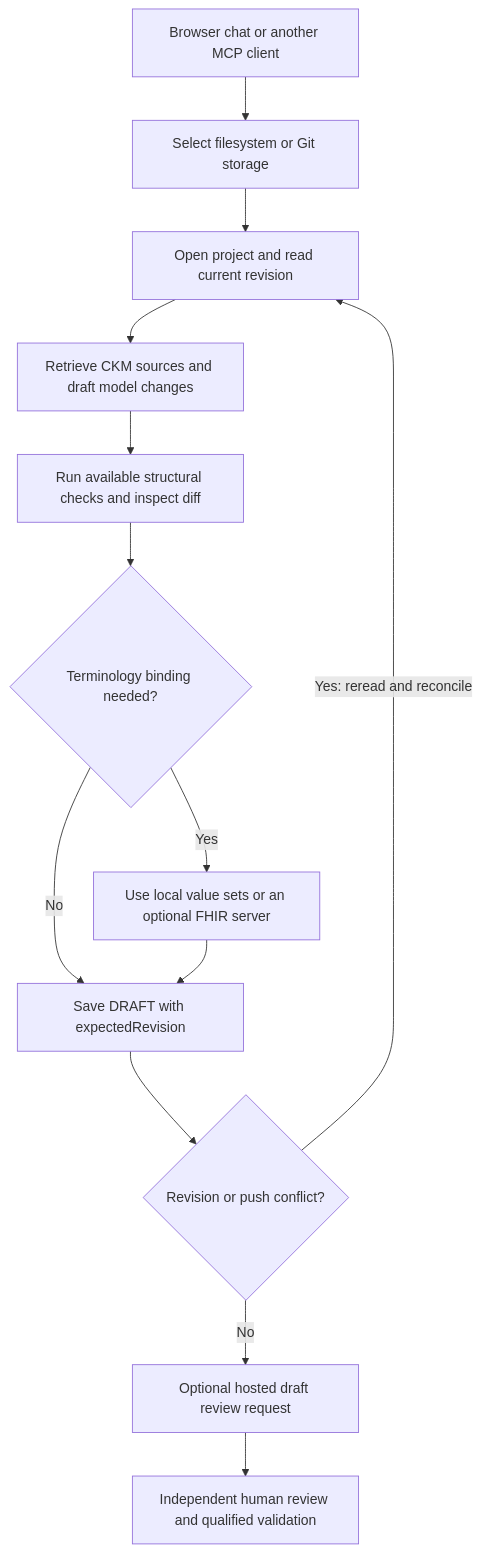
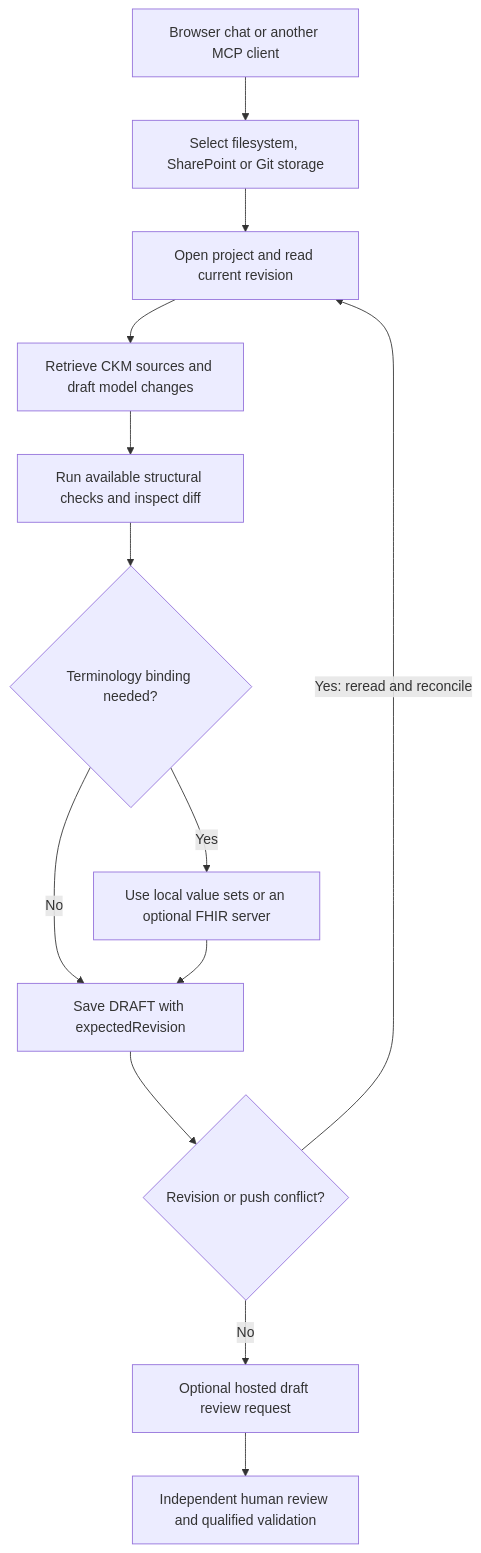
Before and after one commit to CzarMich/openehr-modelling-assistant: the second of 2 diagrams in README.md, drawn with Mermaid. The commit also changed other lines of this file and 48 other files, not shown here.

Commit message:
feat(repository): implement conditional SharePoint snapshot storage

````diff
--- a/README.md
+++ b/README.md
@@ -116,14 +117,14 @@
 ```mermaid
 flowchart TD
-    Chat[Browser chat or another MCP client] --> P[Select filesystem or Git storage] --> R[Open project and read current revision]
+    Chat[Browser chat or another MCP client] --> P[Select filesystem, SharePoint or Git storage] --> R[Open project and read current revision]
     R --> D[Retrieve CKM sources and draft model changes]
     D --> V[Run available structural checks and inspect diff]
     V --> T{Terminology binding needed?}
     T -->|No| S[Save DRAFT with expectedRevision]
     T -->|Yes| B[Use local value sets or an optional FHIR server]
     B --> S
     S --> C{Revision or push conflict?}
     C -->|Yes: reread and reconcile| R
     C -->|No| PR[Optional hosted draft review request]
     PR --> H[Independent human review and qualified validation]
 ```
````
